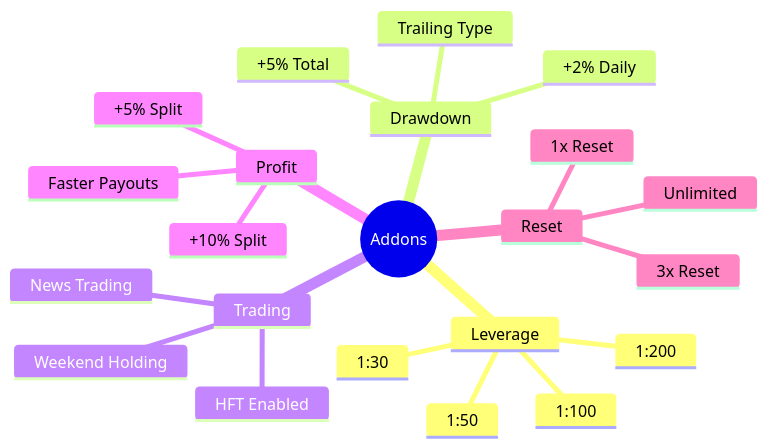
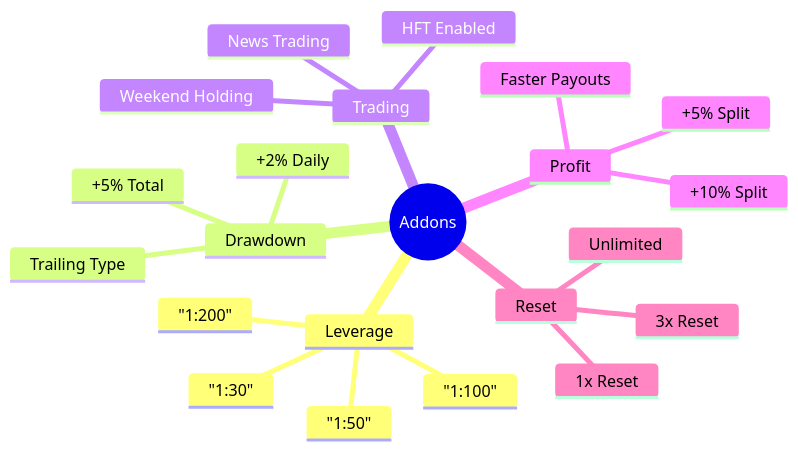
One commit to PFT-PropFirmsTech-com/pft-client-docs changed the second of 3 diagrams in docs/admin/registration-payment.md. Above: the diagram before and after it, drawn with Mermaid. The commit also changed 1 other file, not shown here.

Commit message:
Fix Mermaid syntax compatibility in admin docs
Quote ratio labels in the registration mindmap and normalize class-diagram enum identifiers to avoid Mermaid parse failures on docs pages.

Made-with: Cursor

````diff
--- a/docs/admin/registration-payment.md
+++ b/docs/admin/registration-payment.md
@@ -175,25 +175,25 @@
 ```mermaid
 mindmap
   root((Addons))
     Leverage
-      1:30
-      1:50
-      1:100
-      1:200
+      "1:30"
+      "1:50"
+      "1:100"
+      "1:200"
     Drawdown
       +2% Daily
       +5% Total
       Trailing Type
     Trading
       HFT Enabled
       News Trading
       Weekend Holding
     Profit
       +5% Split
       +10% Split
       Faster Payouts
     Reset
       1x Reset
       3x Reset
       Unlimited
 ```
````
